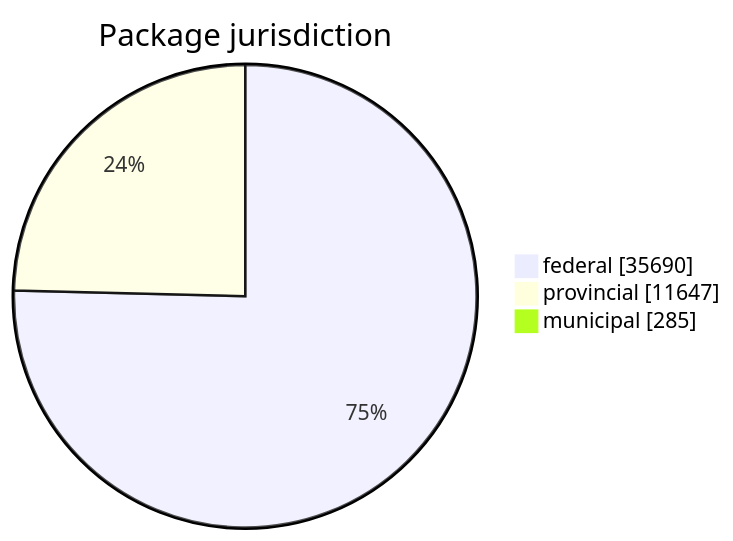
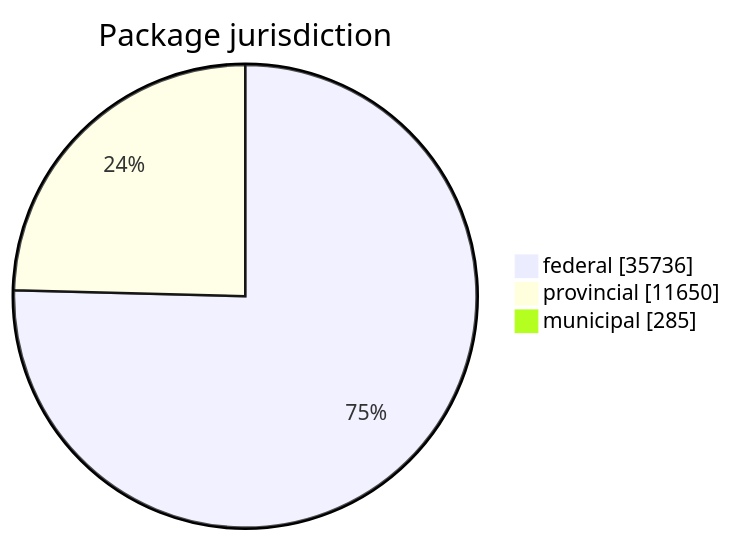
The first of 5 diagrams in FreshCheck/README.md (open-data/analytics-corporate-reporting), drawn with Mermaid before and after one commit. The commit also changed other lines of this file and 3 other files, not shown here.

````diff
--- a/FreshCheck/README.md
+++ b/FreshCheck/README.md
@@ -60,6 +60,6 @@
 ```mermaid
 pie showData title Package jurisdiction
-    "federal": 35690
-    "provincial": 11647
+    "federal": 35736
+    "provincial": 11650
     "municipal": 285
 ```
````
